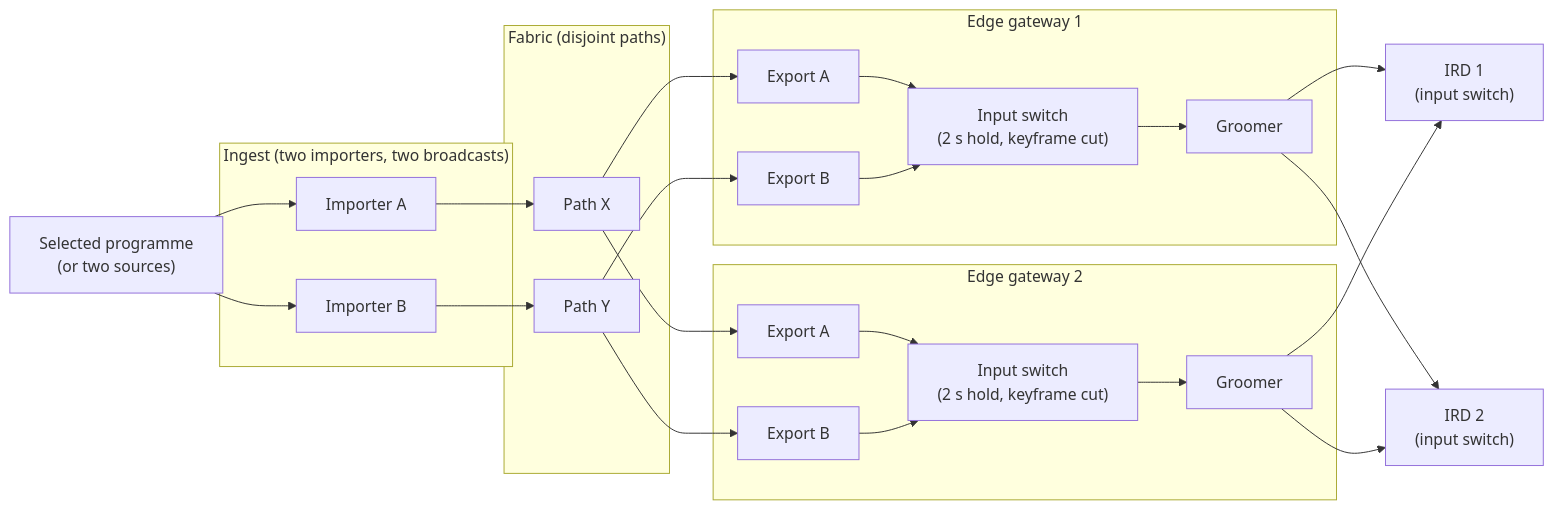
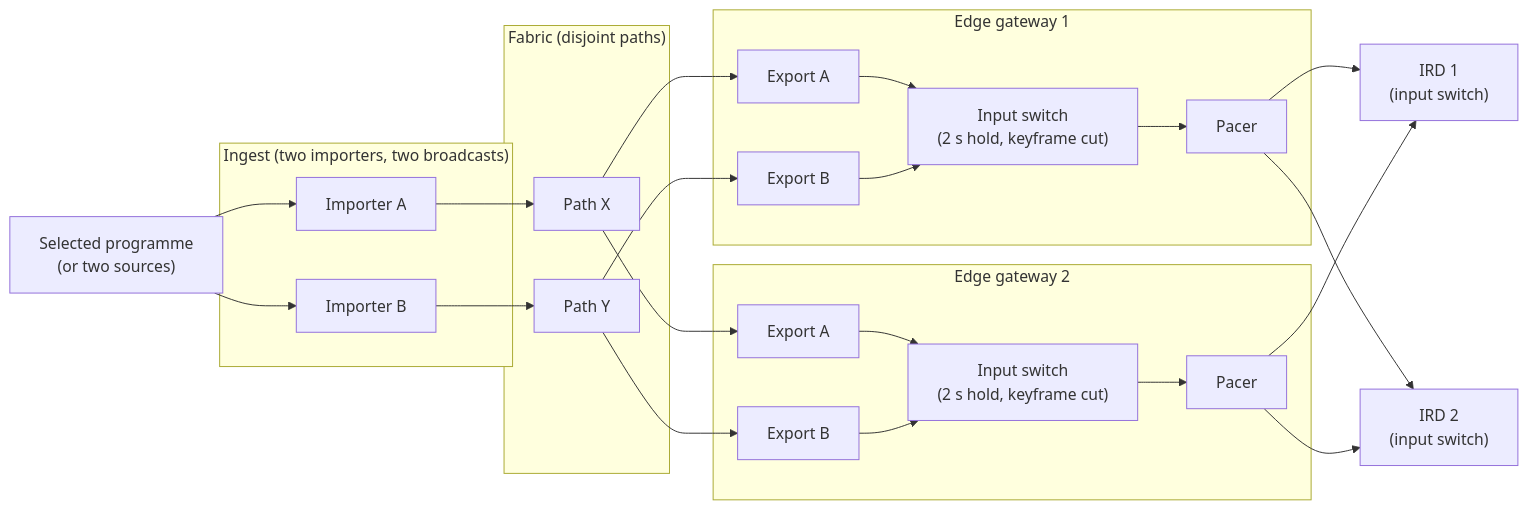
The fourth of 4 diagrams in docs/architecture.md (tdrapier-wbd/moq-mpegts-paper), drawn with Mermaid before and after one commit. The commit also changed other lines of this file and 72 other files, not shown here.

Commit message:
Rename grooming to pacing throughout (groomer→pacer, groomed→paced); filenames, scripts and commands unchanged

````diff
--- a/docs/architecture.md
+++ b/docs/architecture.md
@@ -356,34 +356,34 @@
 ```mermaid
 flowchart LR
     SRC["Selected programme\n(or two sources)"]
     subgraph Ingest["Ingest (two importers, two broadcasts)"]
         PA["Importer A"]
         PB["Importer B"]
     end
     subgraph Fabric["Fabric (disjoint paths)"]
         RX["Path X"]
         RY["Path Y"]
     end
     subgraph Edge1["Edge gateway 1"]
         XA1["Export A"] --> SW1["Input switch\n(2 s hold, keyframe cut)"]
         XB1["Export B"] --> SW1
-        SW1 --> GR1["Groomer"]
+        SW1 --> GR1["Pacer"]
     end
     subgraph Edge2["Edge gateway 2"]
         XA2["Export A"] --> SW2["Input switch\n(2 s hold, keyframe cut)"]
         XB2["Export B"] --> SW2
-        SW2 --> GR2["Groomer"]
+        SW2 --> GR2["Pacer"]
     end
     IRD1["IRD 1\n(input switch)"]
     IRD2["IRD 2\n(input switch)"]
     SRC --> PA --> RX
     SRC --> PB --> RY
     RX --> XA1
     RX --> XA2
     RY --> XB1
     RY --> XB2
     GR1 --> IRD1
     GR1 --> IRD2
     GR2 --> IRD1
     GR2 --> IRD2
 ```
````
